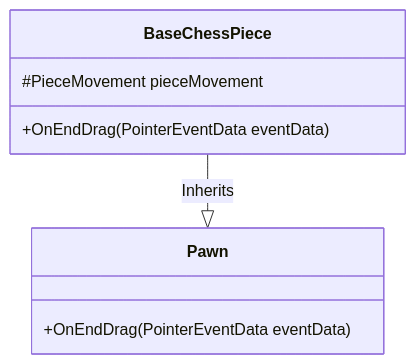
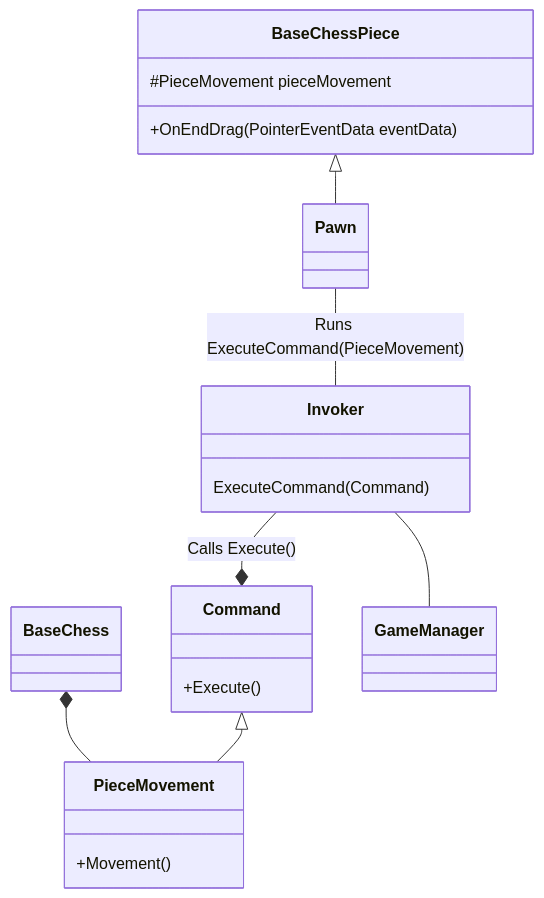
The diagram in README.md (JL-40/Game_Engine_Assignment_1), drawn with Mermaid before and after one commit.

Commit message:
Added Class Diagram for Command Pattern Explanation

````diff
--- a/README.md
+++ b/README.md
@@ -56,8 +56,15 @@
 ```mermaid
 classDiagram
 	BaseChessPiece : #PieceMovement pieceMovement
 	BaseChessPiece : +OnEndDrag(PointerEventData eventData)
-	BaseChessPiece --|> Pawn : Inherits
-	Pawn : +OnEndDrag(PointerEventData eventData)
+	BaseChessPiece <|-- Pawn
+	Pawn -- Invoker : Runs ExecuteCommand(PieceMovement)
+	BaseChess *-- PieceMovement
+	Command <|-- PieceMovement
+	Command : +Execute()
+	PieceMovement : +Movement()
+	Invoker -- GameManager
+	Invoker --* Command : Calls Execute()
+	Invoker : ExecuteCommand(Command)
 	
 ```
````
